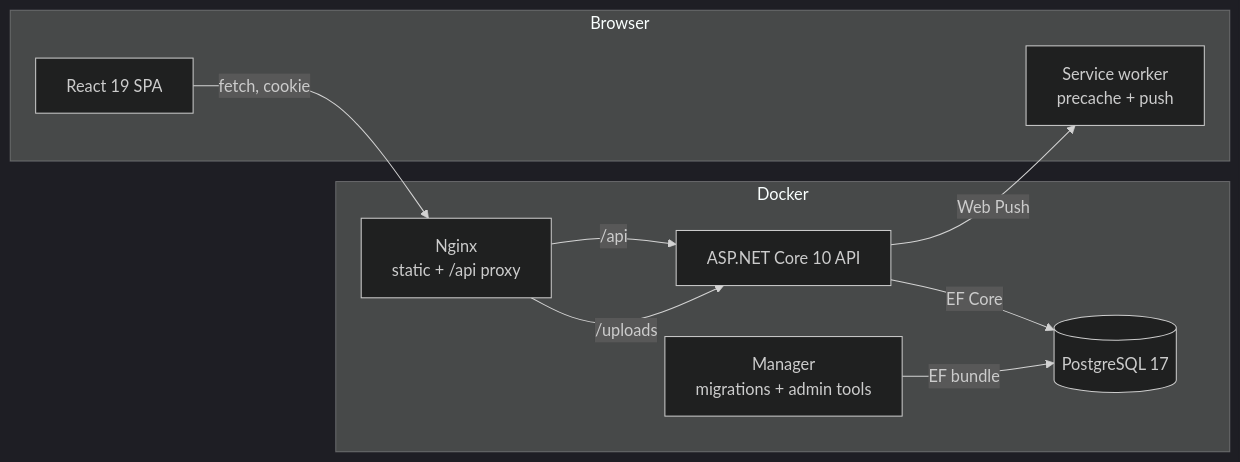
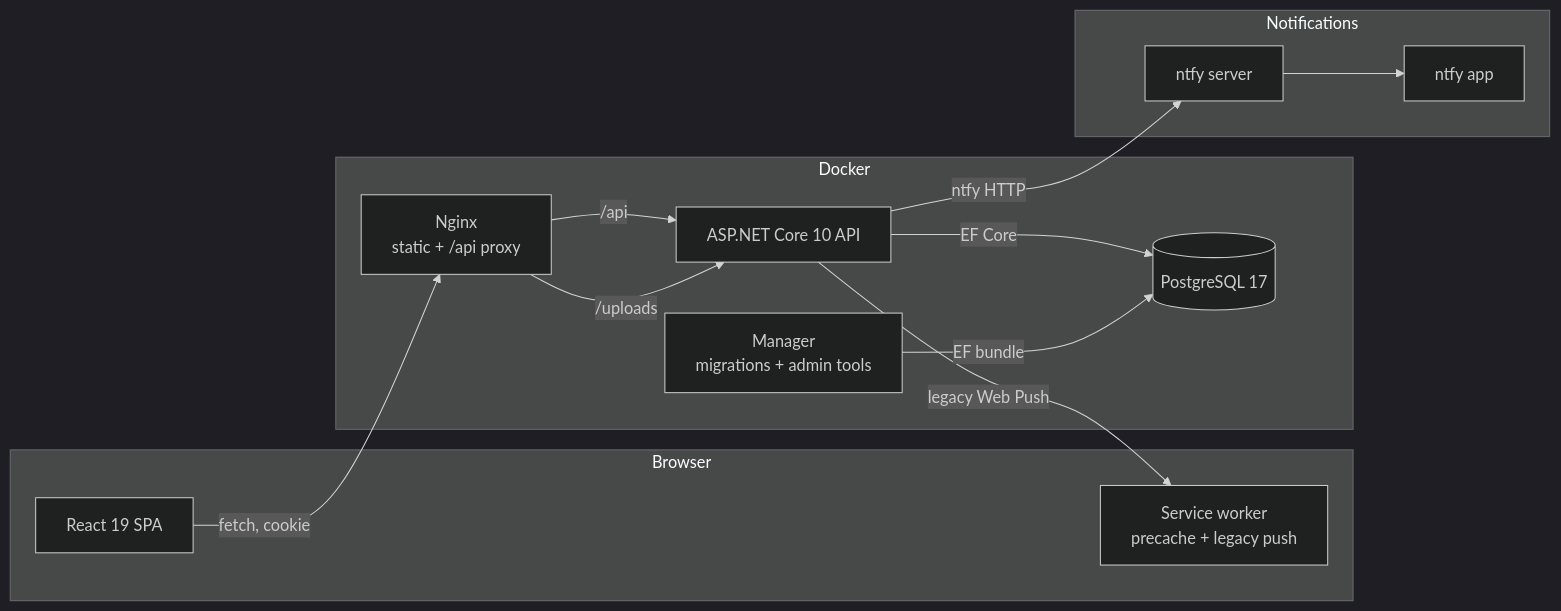
One commit to psampir/choruko changed the diagram in docs/architecture.md. Above: the diagram before and after it, drawn with Mermaid (dark theme). The commit also changed other lines of this file and 28 other files, not shown here.

First line of the commit message:
feat: deliver notifications through ntfy

````diff
--- a/docs/architecture.md
+++ b/docs/architecture.md
@@ -8,21 +8,28 @@
 ```mermaid
 flowchart LR
     subgraph Browser
         SPA[React 19 SPA]
-        SW[Service worker<br/>precache + push]
+        SW[Service worker<br/>precache + legacy push]
     end
 
     subgraph Docker
         N[Nginx<br/>static + /api proxy]
         API[ASP.NET Core 10 API]
         MGR[Manager<br/>migrations + admin tools]
         DB[(PostgreSQL 17)]
     end
 
+    subgraph Notifications
+        NTFY[ntfy server]
+        NTFYAPP[ntfy app]
+    end
+
     SPA -->|fetch, cookie| N
     N -->|/api| API
     N -->|/uploads| API
     API -->|EF Core| DB
     MGR -->|EF bundle| DB
-    API -->|Web Push| SW
+    API -->|ntfy HTTP| NTFY
+    NTFY --> NTFYAPP
+    API -->|legacy Web Push| SW
 ```
````
